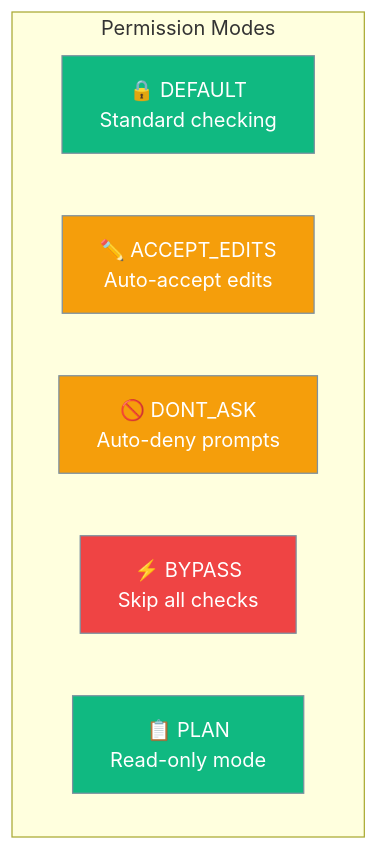
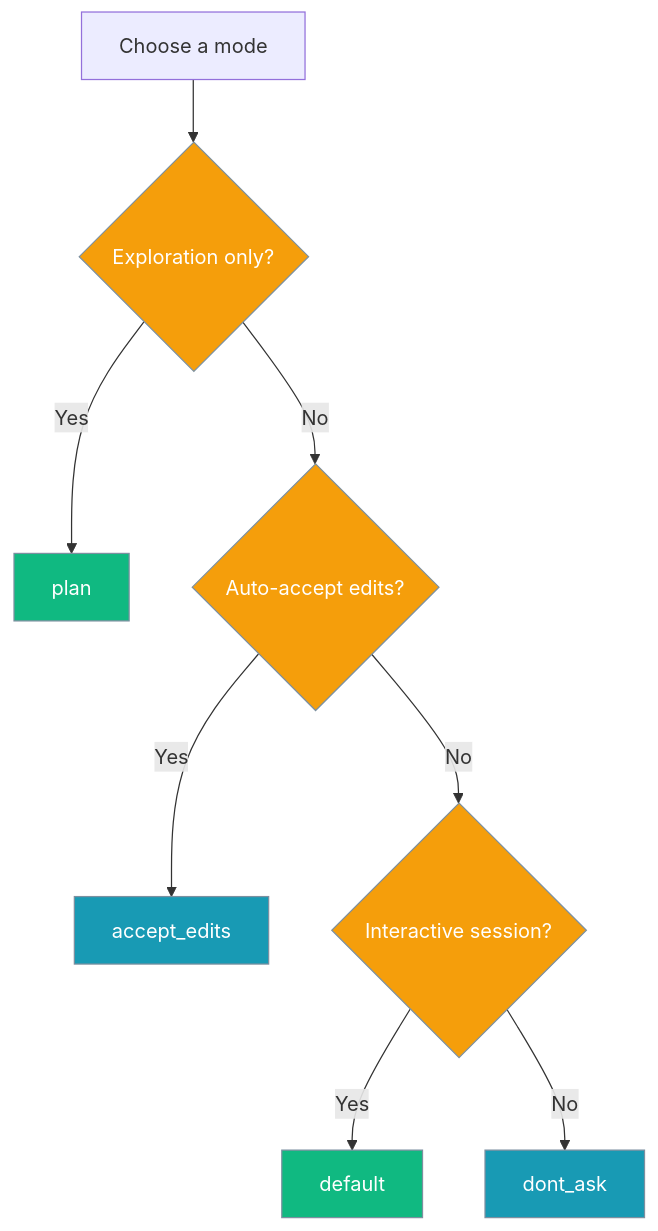
The second of 2 diagrams in docs/features/permission-modes.mdx (MervinPraison/PraisonAIDocs), drawn with Mermaid before and after one commit. The commit also changed other lines of this file and 4 other files, not shown here.

````diff
--- a/docs/features/permission-modes.mdx
+++ b/docs/features/permission-modes.mdx
@@ -73,18 +95,18 @@
 ```mermaid
 graph TB
-    subgraph "Permission Modes"
-        DEFAULT[🔒 DEFAULT<br/>Standard checking]
-        ACCEPT[✏️ ACCEPT_EDITS<br/>Auto-accept edits]
-        DONT[🚫 DONT_ASK<br/>Auto-deny prompts]
-        BYPASS[⚡ BYPASS<br/>Skip all checks]
-        PLAN[📋 PLAN<br/>Read-only mode]
-    end
-    
+    Start[Choose a mode] --> Explore{Exploration only?}
+    Explore -->|Yes| Plan[plan]
+    Explore -->|No| Refactor{Auto-accept edits?}
+    Refactor -->|Yes| Accept[accept_edits]
+    Refactor -->|No| Interactive{Interactive session?}
+    Interactive -->|Yes| Default[default]
+    Interactive -->|No| Dont[dont_ask]
+
+    classDef decision fill:#F59E0B,stroke:#7C90A0,color:#fff
     classDef safe fill:#10B981,stroke:#7C90A0,color:#fff
-    classDef moderate fill:#F59E0B,stroke:#7C90A0,color:#fff
-    classDef dangerous fill:#EF4444,stroke:#7C90A0,color:#fff
-    
-    class DEFAULT,PLAN safe
-    class ACCEPT,DONT moderate
-    class BYPASS dangerous
+    classDef moderate fill:#189AB4,stroke:#7C90A0,color:#fff
+
+    class Explore,Refactor,Interactive decision
+    class Plan,Default safe
+    class Accept,Dont moderate
 ```
````
